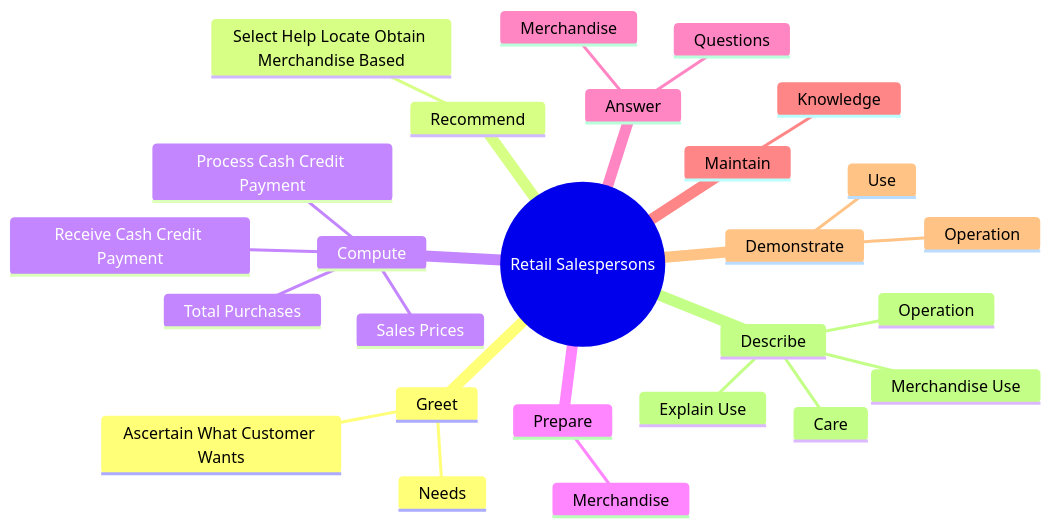
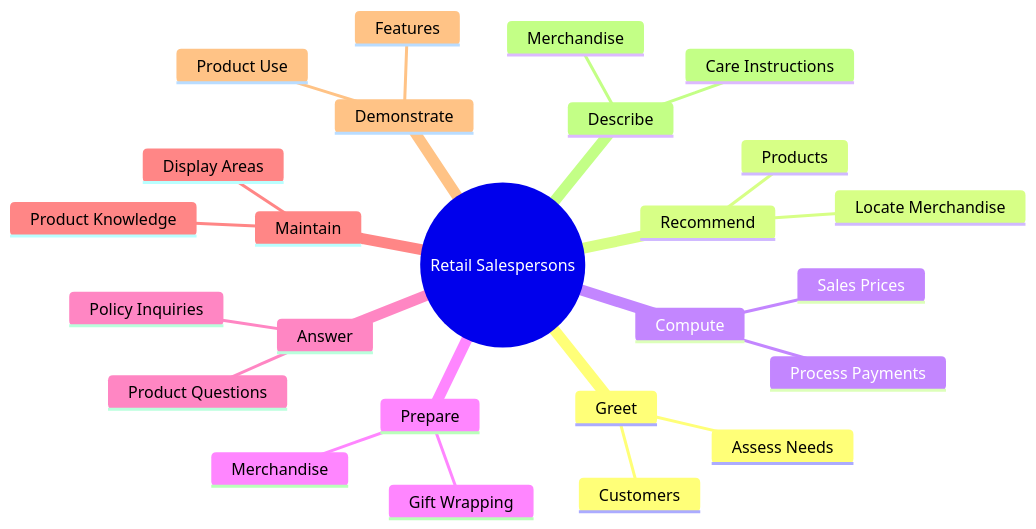
Before and after one commit to kziemski/business.org.ai: the second of 4 diagrams in occupations/Sales/RetailSalespersons.mdx, drawn with Mermaid. The commit also changed other lines of this file and 938 other files, not shown here.

````diff
--- a/occupations/Sales/RetailSalespersons.mdx
+++ b/occupations/Sales/RetailSalespersons.mdx
@@ -37,29 +45,28 @@
 ```mermaid
 mindmap
     root(("Retail Salespersons"))
         Greet
-            Ascertain What Customer Wants
-            Needs
+            Customers
+            Assess Needs
         Recommend
-            Select Help Locate Obtain Merchandise Based
+            Products
+            Locate Merchandise
         Compute
             Sales Prices
-            Total Purchases
-            Receive Cash Credit Payment
-            Process Cash Credit Payment
+            Process Payments
         Prepare
             Merchandise
+            Gift Wrapping
         Answer
-            Questions
+            Product Questions
+            Policy Inquiries
+        Maintain
+            Product Knowledge
+            Display Areas
+        Demonstrate
+            Product Use
+            Features
+        Describe
             Merchandise
-        Maintain
-            Knowledge
-        Demonstrate
-            Use
-            Operation
-        Describe
-            Merchandise Use
-            Explain Use
-            Operation
-            Care
+            Care Instructions
 ```
````
